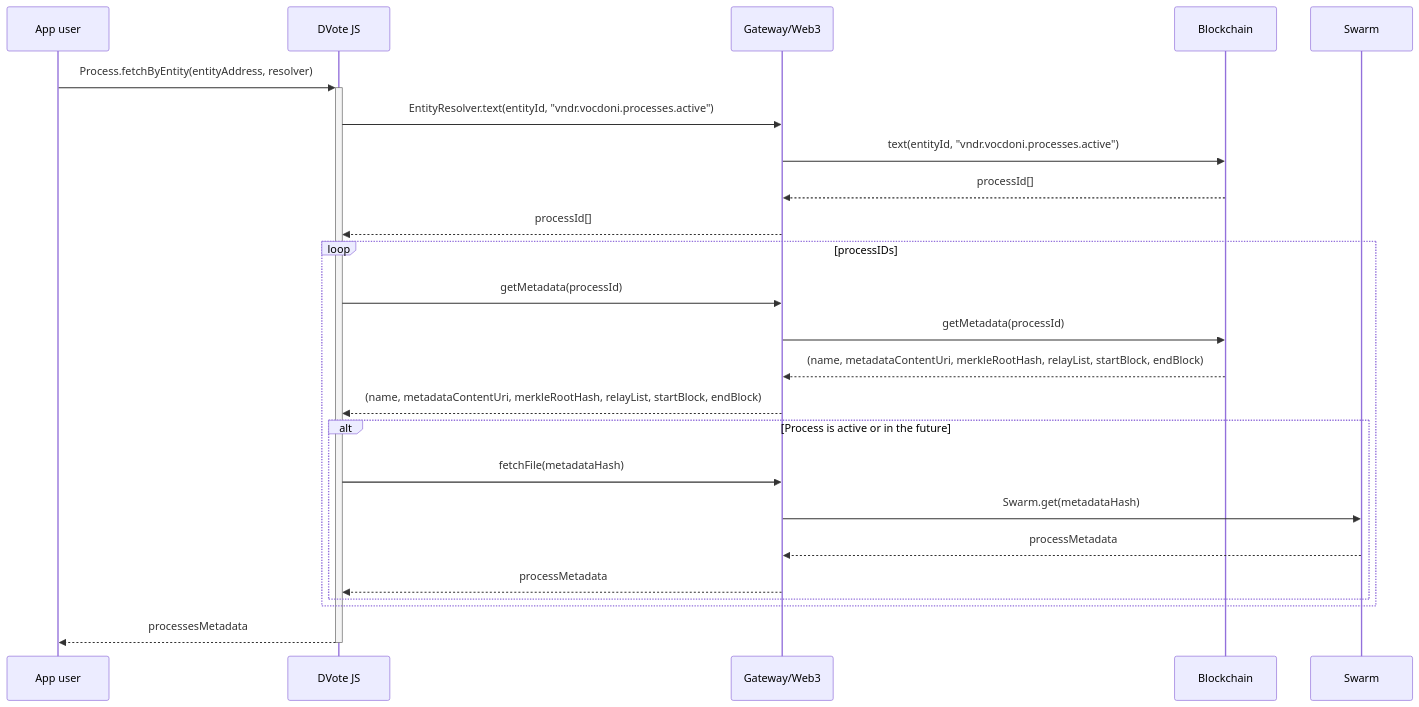
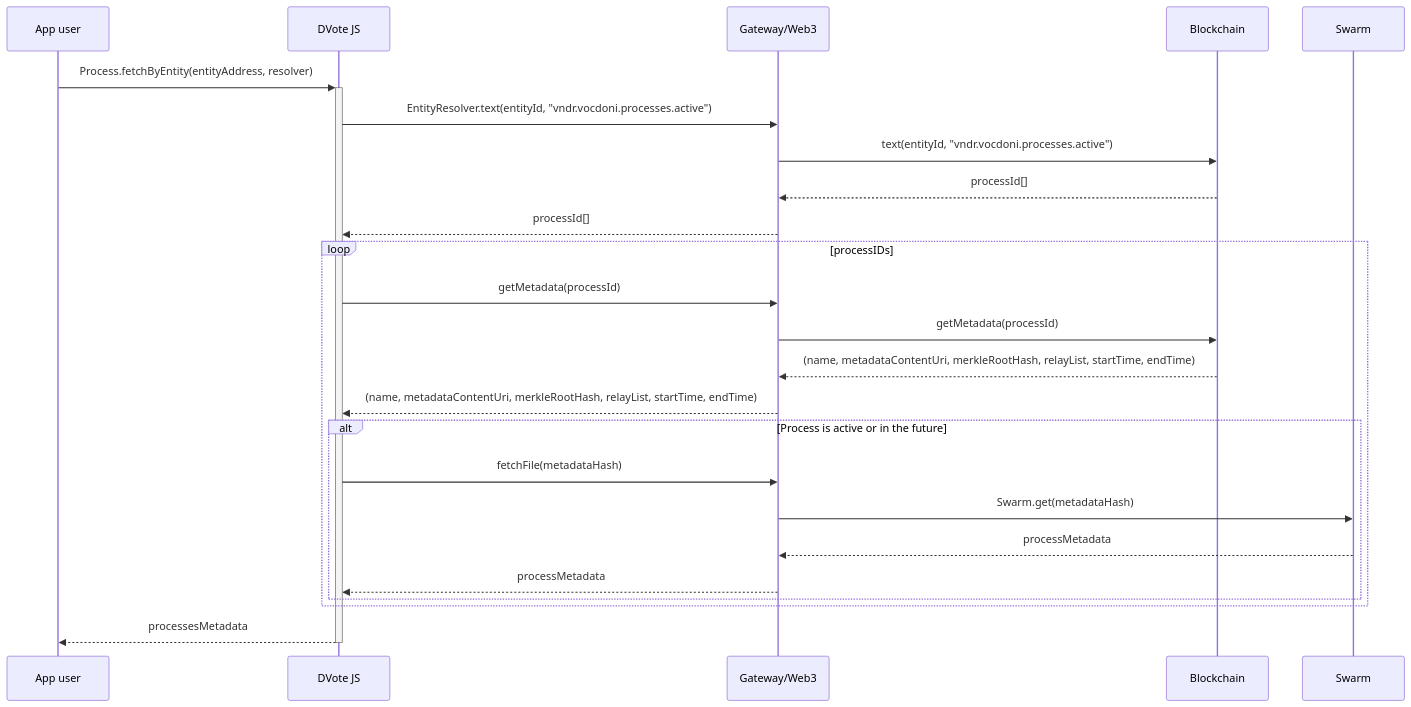
One commit to vocdoni/docs changed the seventh of 14 diagrams in docs/architecture/sequence-diagrams.md. Above: the diagram before and after it, drawn with Mermaid. The commit also changed 2 other files, not shown here.

Commit message:
Minor naming change

````diff
--- a/docs/architecture/sequence-diagrams.md
+++ b/docs/architecture/sequence-diagrams.md
@@ -332,32 +332,32 @@
 ```mermaid
 sequenceDiagram
     participant App as App user
     participant DV as DVote JS
     participant GW as Gateway/Web3
     participant BC as Blockchain
     participant SW as Swarm
 
     App->>+DV: Process.fetchByEntity(entityAddress, resolver)
 
         DV->>GW: EntityResolver.text(entityId, "vndr.vocdoni.processes.active")
             GW->>BC: text(entityId, "vndr.vocdoni.processes.active")
             BC-->>GW: processId[]
         GW-->>DV: processId[]
 
         loop processIDs
 
             DV->>GW: getMetadata(processId)
                 GW->>BC: getMetadata(processId)
-                BC-->>GW: (name, metadataContentUri, merkleRootHash, relayList, startBlock, endBlock)
-            GW-->>DV: (name, metadataContentUri, merkleRootHash, relayList, startBlock, endBlock)
+                BC-->>GW: (name, metadataContentUri, merkleRootHash, relayList, startTime, endTime)
+            GW-->>DV: (name, metadataContentUri, merkleRootHash, relayList, startTime, endTime)
 
             alt Process is active or in the future
                 DV->>GW: fetchFile(metadataHash)
                 GW->>SW: Swarm.get(metadataHash)
                 SW-->>GW: processMetadata
                 GW-->>DV: processMetadata
             end
         end
 
     DV-->>-App: processesMetadata
 ```
````
